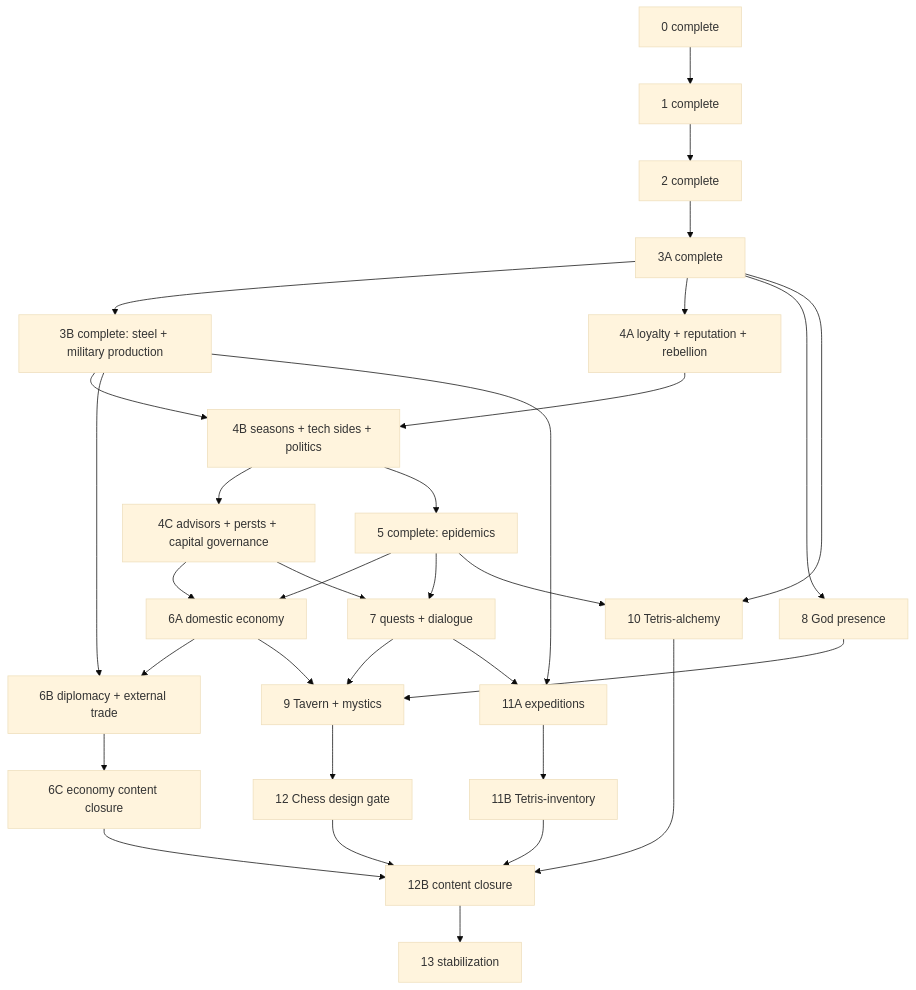
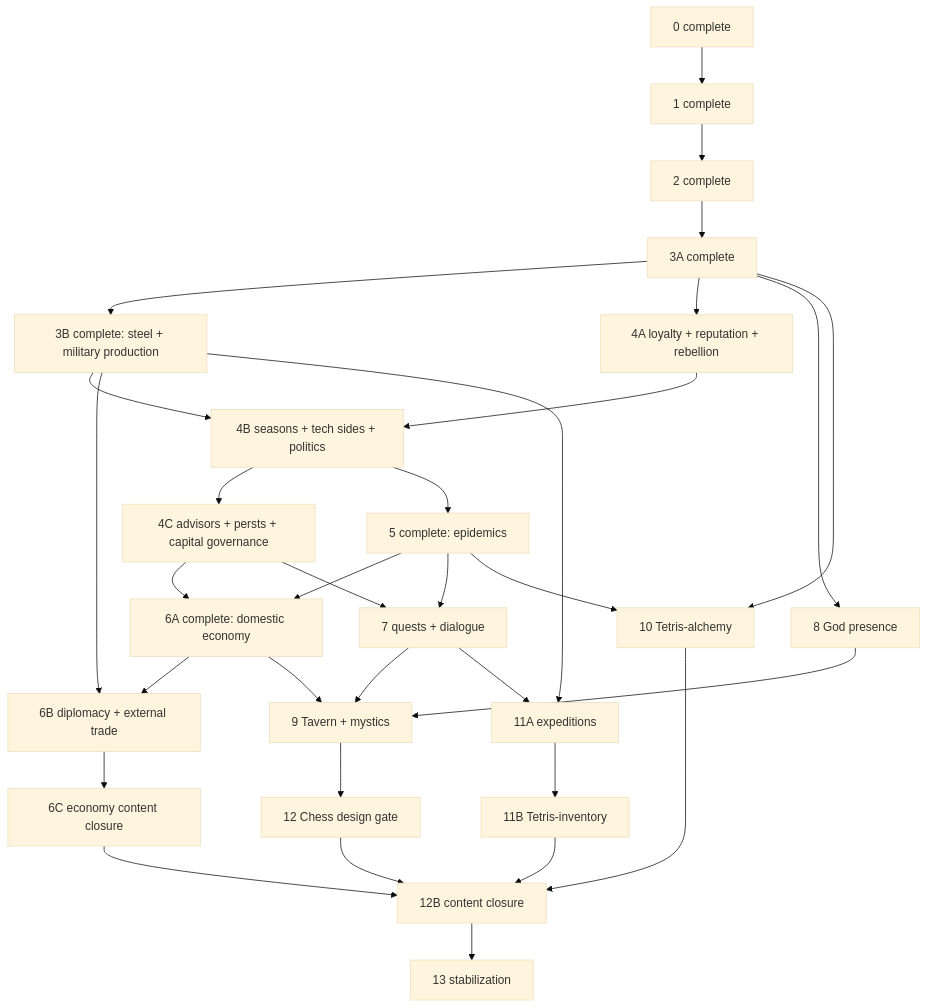
The diagram in plans/empires-endgame/README.md (akulihin/King-of-the-Garbage-Hill), drawn with Mermaid (base theme) before and after one commit. The commit also changed other lines of this file and 60 other files, not shown here.

````diff
--- a/plans/empires-endgame/README.md
+++ b/plans/empires-endgame/README.md
@@ -64,34 +69,34 @@
 ```mermaid
 graph TD
   P0[0 complete] --> P1[1 complete]
   P1 --> P2[2 complete]
   P2 --> P3A[3A complete]
   P3A --> P3B[3B complete: steel + military production]
   P3A --> P4A[4A loyalty + reputation + rebellion]
   P3B --> P4B[4B seasons + tech sides + politics]
   P4A --> P4B
   P4B --> P4C[4C advisors + persts + capital governance]
   P4B --> P5[5 complete: epidemics]
-  P4C --> P6A[6A domestic economy]
+  P4C --> P6A[6A complete: domestic economy]
   P5 --> P6A
   P3B --> P6B[6B diplomacy + external trade]
   P6A --> P6B
   P6B --> P6C[6C economy content closure]
   P5 --> P7[7 quests + dialogue]
   P4C --> P7
   P3A --> P8[8 God presence]
   P6A --> P9[9 Tavern + mystics]
   P7 --> P9
   P8 --> P9
   P3A --> P10[10 Tetris-alchemy]
   P5 --> P10
   P3B --> P11A[11A expeditions]
   P7 --> P11A
   P11A --> P11B[11B Tetris-inventory]
   P9 --> P12[12 Chess design gate]
   P6C --> P12B[12B content closure]
   P10 --> P12B
   P11B --> P12B
   P12 --> P12B
   P12B --> P13[13 stabilization]
 ```
````
